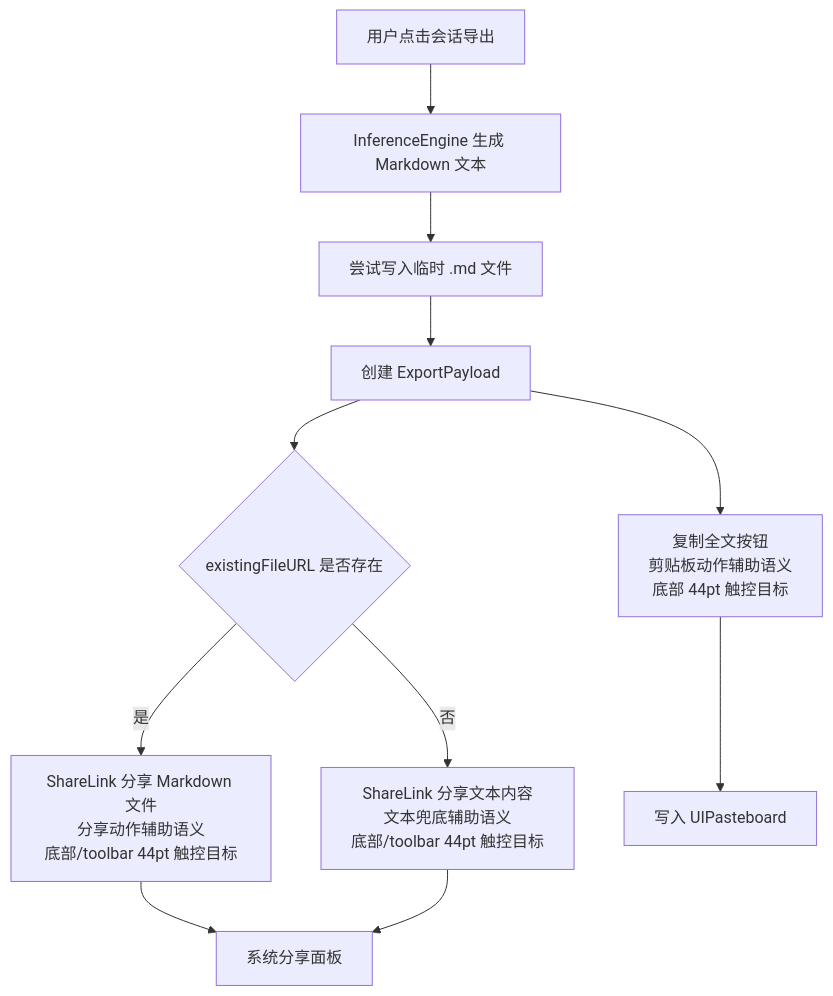
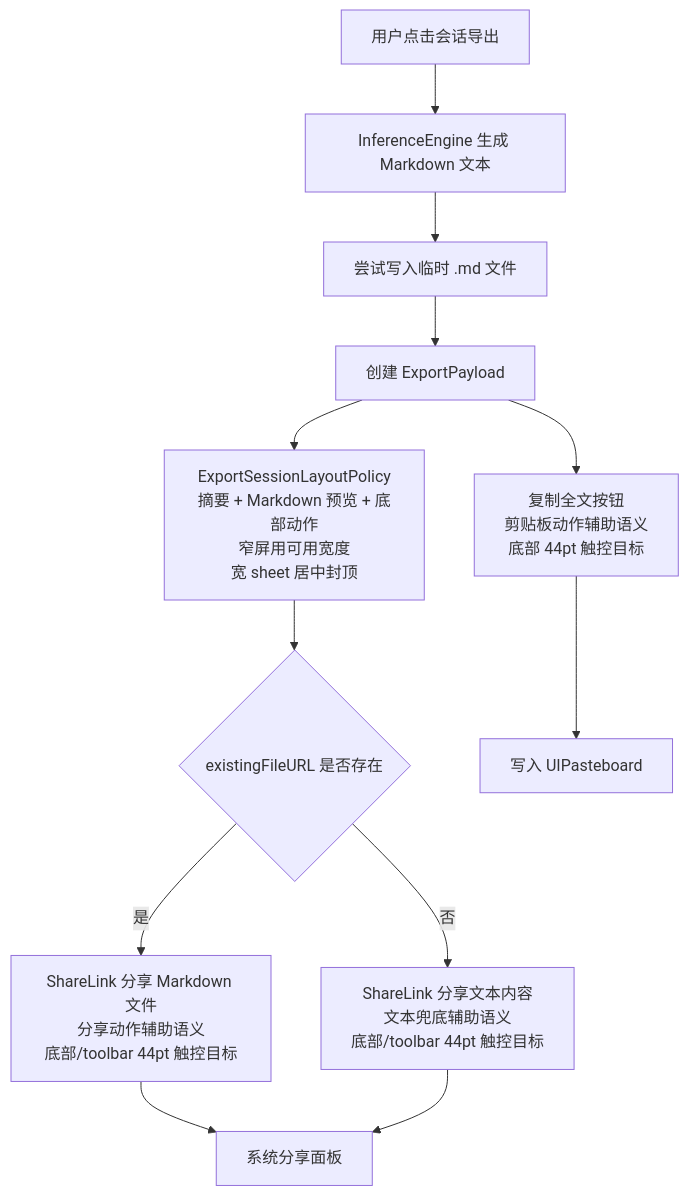
One commit to Altman-sam114/113 changed the seventh of 10 diagrams in md/flow/flowchart.md. Above: the diagram before and after it, drawn with Mermaid. The commit also changed other lines of this file and 8 other files, not shown here.

````diff
--- a/md/flow/flowchart.md
+++ b/md/flow/flowchart.md
@@ -129,13 +129,14 @@
 ```mermaid
 flowchart TD
     A[用户点击会话导出] --> B[InferenceEngine 生成 Markdown 文本]
     B --> C[尝试写入临时 .md 文件]
     C --> D[创建 ExportPayload]
-    D --> E{existingFileURL 是否存在}
+    D --> W[ExportSessionLayoutPolicy<br/>摘要 + Markdown 预览 + 底部动作<br/>窄屏用可用宽度<br/>宽 sheet 居中封顶]
+    W --> E{existingFileURL 是否存在}
     E -- 是 --> F[ShareLink 分享 Markdown 文件<br/>分享动作辅助语义<br/>底部/toolbar 44pt 触控目标]
     E -- 否 --> G[ShareLink 分享文本内容<br/>文本兜底辅助语义<br/>底部/toolbar 44pt 触控目标]
     F --> H[系统分享面板]
     G --> H
     D --> I[复制全文按钮<br/>剪贴板动作辅助语义<br/>底部 44pt 触控目标]
     I --> J[写入 UIPasteboard]
 ```
````
